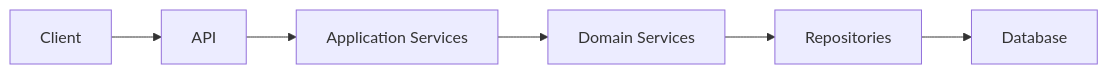
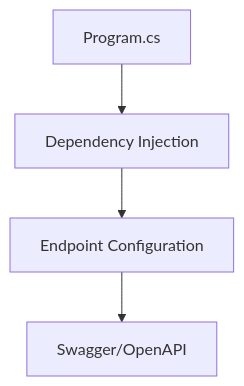
One commit to hackathon-nstech/database-nsdocs-consumption-module changed the fourth of 5 diagrams in memory-bank/systemPatterns.md. Above: the diagram before and after it, drawn with Mermaid. The commit also changed other lines of this file and 110 other files, not shown here.

````diff
--- a/memory-bank/systemPatterns.md
+++ b/memory-bank/systemPatterns.md
@@ -200,8 +46,6 @@
 ```mermaid
-graph LR
-    A[Client] --> B[API]
-    B --> C[Application Services]
-    C --> D[Domain Services]
-    D --> E[Repositories]
-    E --> F[Database]
+graph TD
+    A[Program.cs] --> B[Dependency Injection]
+    B --> C[Endpoint Configuration]
+    C --> D[Swagger/OpenAPI]
 ```
````
